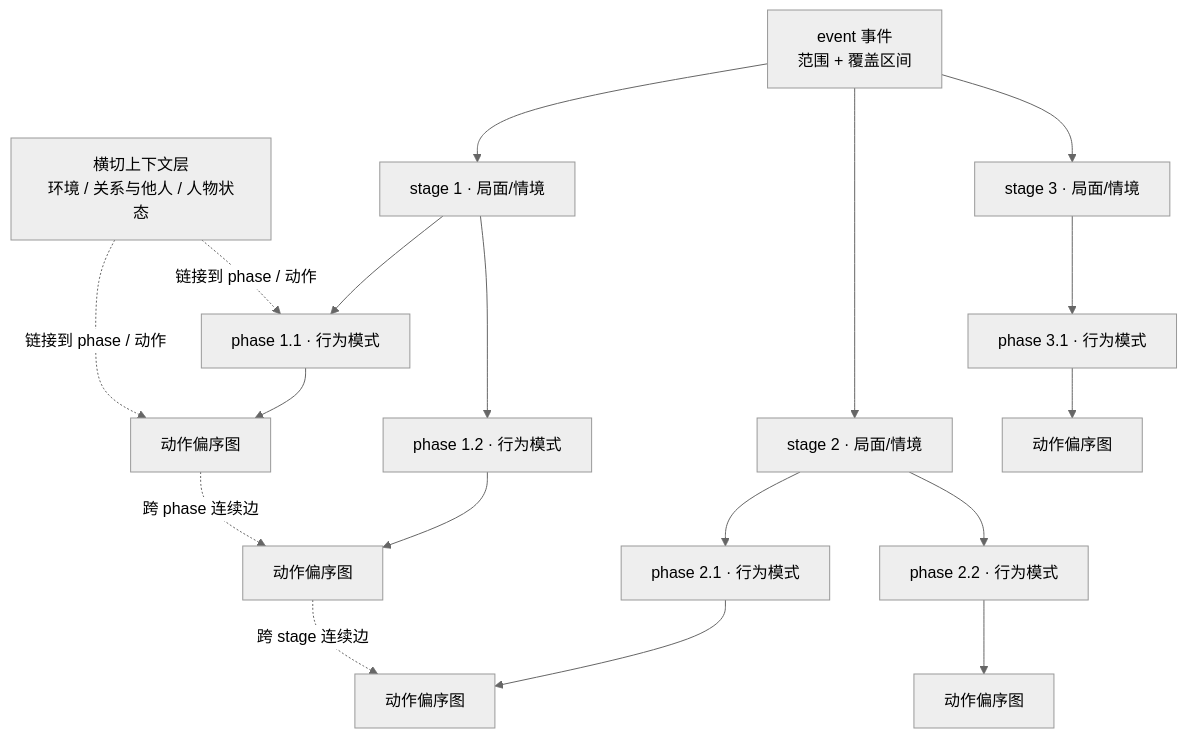
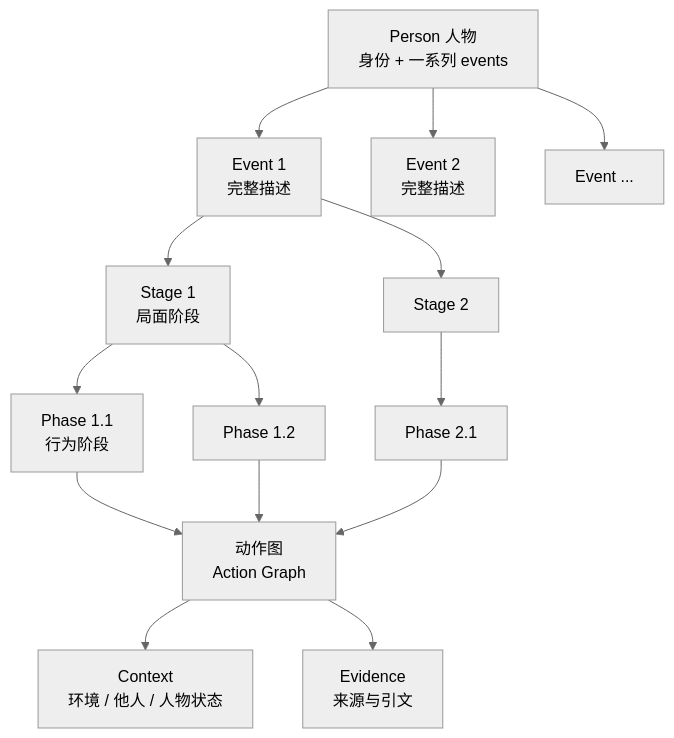
The diagram in docs/structures/1-hierarchy.md (AgenticFinLab/FinMycelium), drawn with Mermaid (neutral theme) before and after one commit. The commit also changed other lines of this file and 10 other files, not shown here.

````diff
--- a/docs/structures/1-hierarchy.md
+++ b/docs/structures/1-hierarchy.md
@@ -25,20 +11,16 @@
 ```mermaid
 flowchart TB
-    E["event 事件<br/>范围 + 覆盖区间"] --> S1["stage 1 · 局面/情境"]
-    E --> S2["stage 2 · 局面/情境"]
-    E --> S3["stage 3 · 局面/情境"]
-    S1 --> P11["phase 1.1 · 行为模式"]
-    S1 --> P12["phase 1.2 · 行为模式"]
-    S2 --> P21["phase 2.1 · 行为模式"]
-    S2 --> P22["phase 2.2 · 行为模式"]
-    S3 --> P31["phase 3.1 · 行为模式"]
-    P11 --> G11["动作偏序图"]
-    P12 --> G12["动作偏序图"]
-    P21 --> G21["动作偏序图"]
-    P22 --> G22["动作偏序图"]
-    P31 --> G31["动作偏序图"]
-    G11 -.->|跨 phase 连续边| G12
-    G12 -.->|跨 stage 连续边| G21
-    CTX["横切上下文层<br/>环境 / 关系与他人 / 人物状态"] -.->|链接到 phase / 动作| P11
-    CTX -.->|链接到 phase / 动作| G11
+    P["Person 人物<br/>身份 + 一系列 events"] --> E1["Event 1<br/>完整描述"]
+    P --> E2["Event 2<br/>完整描述"]
+    P --> E3["Event ..."]
+    E1 --> S1["Stage 1<br/>局面阶段"]
+    E1 --> S2["Stage 2"]
+    S1 --> PH1["Phase 1.1<br/>行为阶段"]
+    S1 --> PH2["Phase 1.2"]
+    S2 --> PH3["Phase 2.1"]
+    PH1 --> A1["动作图<br/>Action Graph"]
+    PH2 --> A1
+    PH3 --> A1
+    A1 --> C["Context<br/>环境 / 他人 / 人物状态"]
+    A1 --> V["Evidence<br/>来源与引文"]
 ```
````
